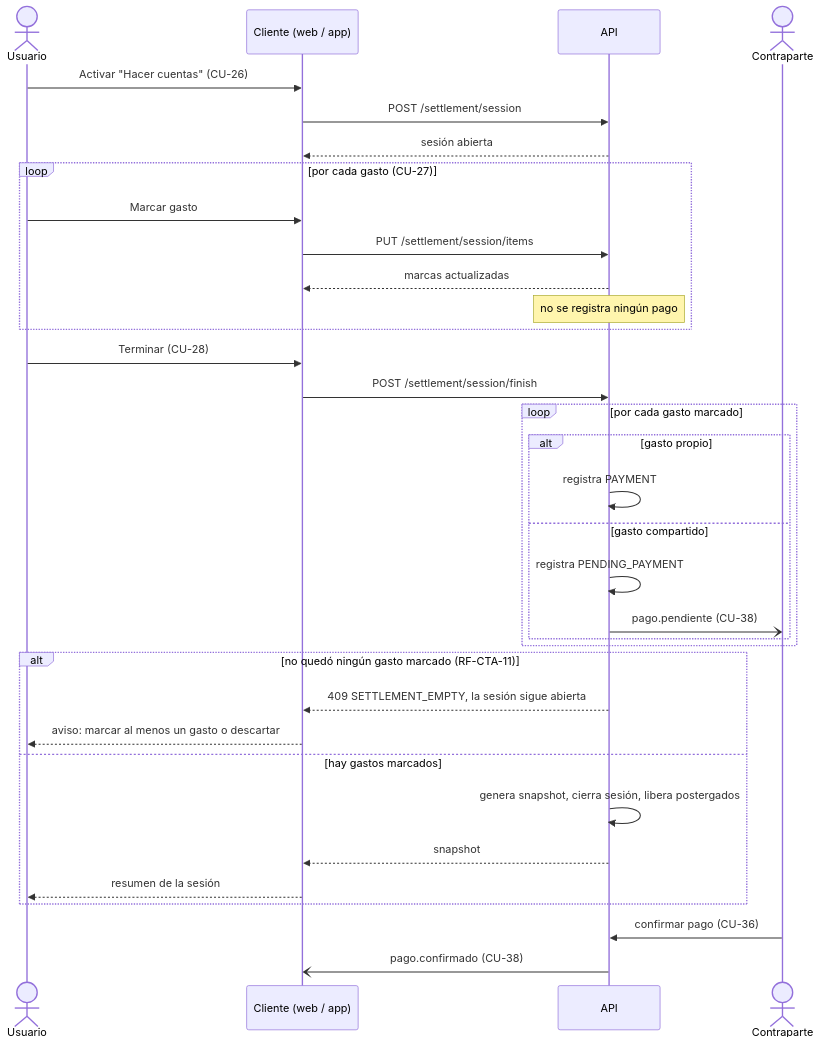
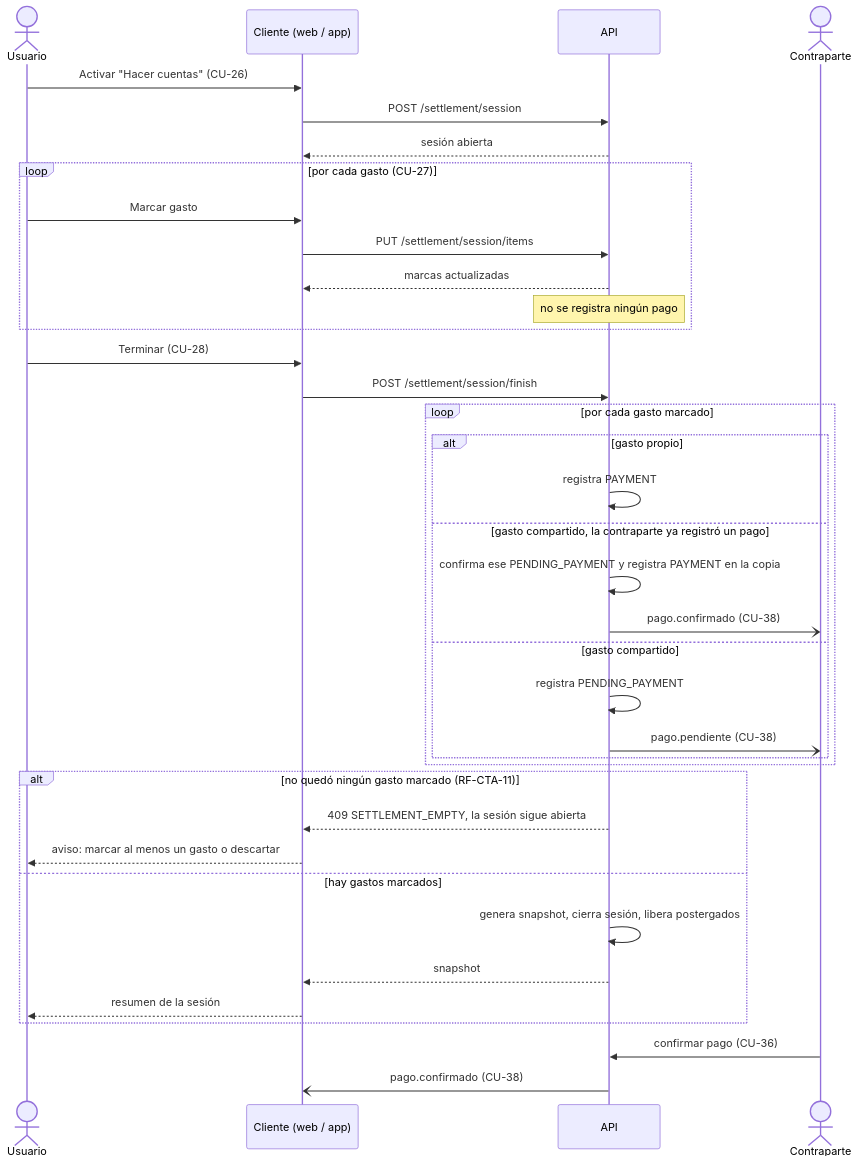
Before and after one commit to Gonn01/web-expense-manager: the third of 3 diagrams in docs/casos-de-uso.md, drawn with Mermaid. The commit also changed other lines of this file and 37 other files, not shown here.

````diff
--- a/docs/casos-de-uso.md
+++ b/docs/casos-de-uso.md
@@ -678,40 +783,43 @@
 ```mermaid
 sequenceDiagram
     actor U as Usuario
     participant C as Cliente (web / app)
     participant A as API
     actor X as Contraparte
 
     U->>C: Activar "Hacer cuentas" (CU-26)
     C->>A: POST /settlement/session
     A-->>C: sesión abierta
 
     loop por cada gasto (CU-27)
         U->>C: Marcar gasto
         C->>A: PUT /settlement/session/items
         A-->>C: marcas actualizadas
         Note over A: no se registra ningún pago
     end
 
     U->>C: Terminar (CU-28)
     C->>A: POST /settlement/session/finish
     loop por cada gasto marcado
         alt gasto propio
             A->>A: registra PAYMENT
+        else gasto compartido, la contraparte ya registró un pago
+            A->>A: confirma ese PENDING_PAYMENT y registra PAYMENT en la copia
+            A-)X: pago.confirmado (CU-38)
         else gasto compartido
             A->>A: registra PENDING_PAYMENT
             A-)X: pago.pendiente (CU-38)
         end
     end
     alt no quedó ningún gasto marcado (RF-CTA-11)
         A-->>C: 409 SETTLEMENT_EMPTY, la sesión sigue abierta
         C-->>U: aviso: marcar al menos un gasto o descartar
     else hay gastos marcados
         A->>A: genera snapshot, cierra sesión, libera postergados
         A-->>C: snapshot
         C-->>U: resumen de la sesión
     end
 
     X->>A: confirmar pago (CU-36)
     A-)C: pago.confirmado (CU-38)
 ```
````
